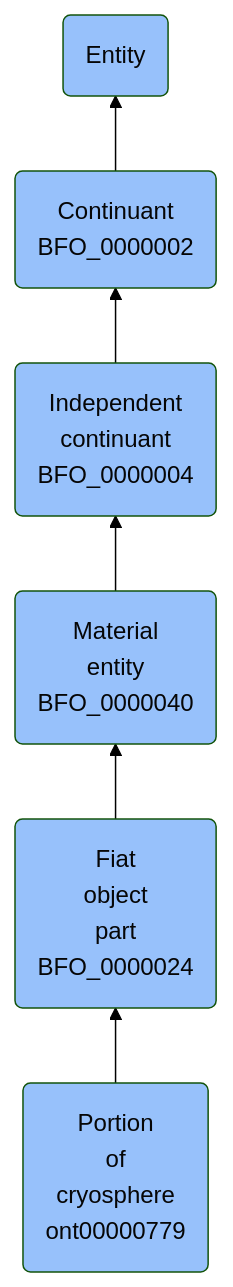
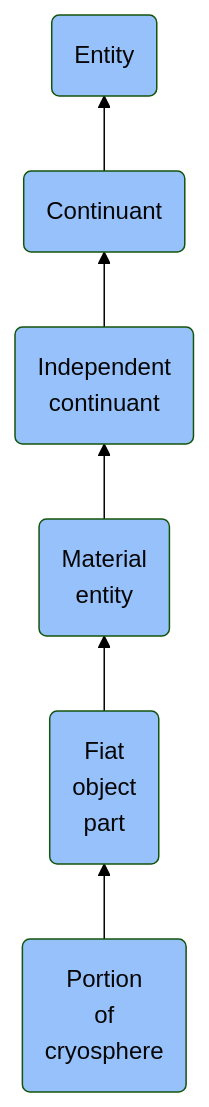
One commit to jupyter-naas/abi changed the diagram in docs/ontology/reference/model/Entity/Continuant/Independent continuant/Material entity/Fiat object part/Portion of cryosphere/Portion of cryosphere.md. Above: the diagram before and after it, drawn with Mermaid (forest theme). The commit also changed other lines of this file and 1430 other files, not shown here.

````diff
--- a/docs/ontology/reference/model/Entity/Continuant/Independent continuant/Material entity/Fiat object part/Portion of cryosphere/Portion of cryosphere.md
+++ b/docs/ontology/reference/model/Entity/Continuant/Independent continuant/Material entity/Fiat object part/Portion of cryosphere/Portion of cryosphere.md
@@ -24,13 +24,13 @@
 ```mermaid
 graph BT
-    ont00000779(Portion<br>of<br>cryosphere<br>ont00000779):::BFO-->BFO_0000024
-    BFO_0000024(Fiat<br>object<br>part<br>BFO_0000024):::BFO-->BFO_0000040
-    BFO_0000040(Material<br>entity<br>BFO_0000040):::BFO-->BFO_0000004
-    BFO_0000004(Independent<br>continuant<br>BFO_0000004):::BFO-->BFO_0000002
-    BFO_0000002(Continuant<br>BFO_0000002):::BFO-->BFO_0000001
+    ont00000779(Portion<br>of<br>cryosphere):::BFO-->BFO_0000024
+    BFO_0000024(Fiat<br>object<br>part):::BFO-->BFO_0000040
+    BFO_0000040(Material<br>entity):::BFO-->BFO_0000004
+    BFO_0000004(Independent<br>continuant):::BFO-->BFO_0000002
+    BFO_0000002(Continuant):::BFO-->BFO_0000001
     BFO_0000001(Entity):::BFO
     
     classDef BFO fill:#97c1fb,color:#060606
     classDef CCO fill:#e4c51e,color:#060606
     classDef ABI fill:#48DD82,color:#060606
 ```
````
